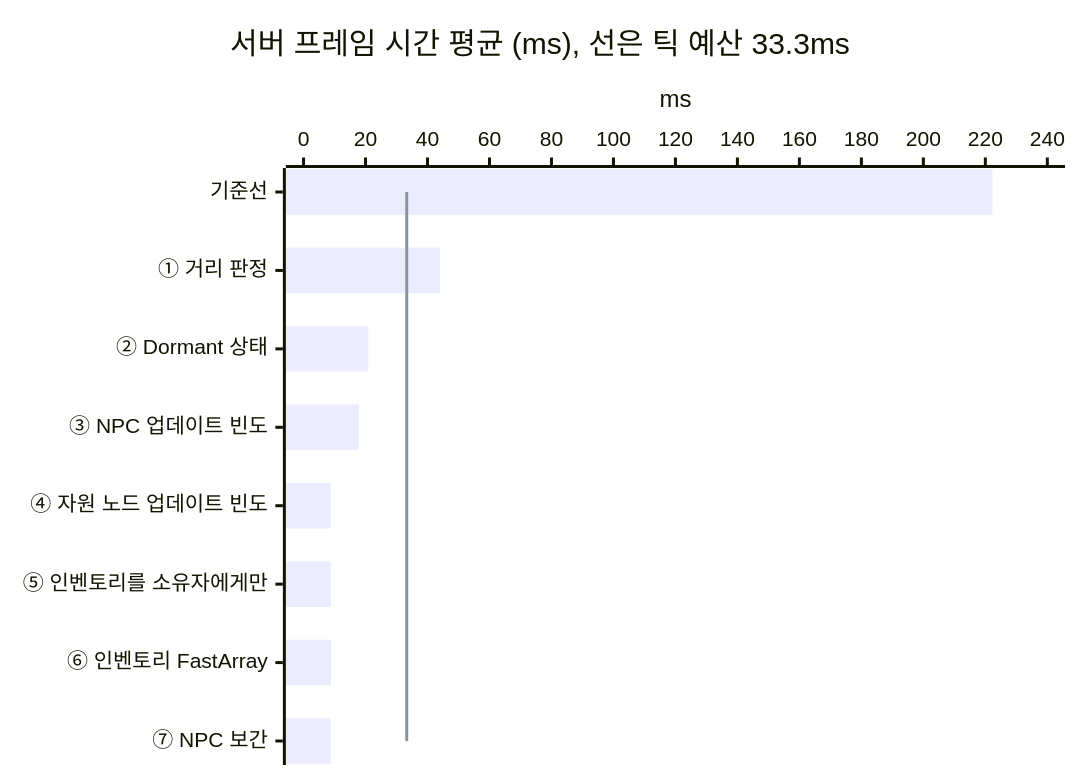
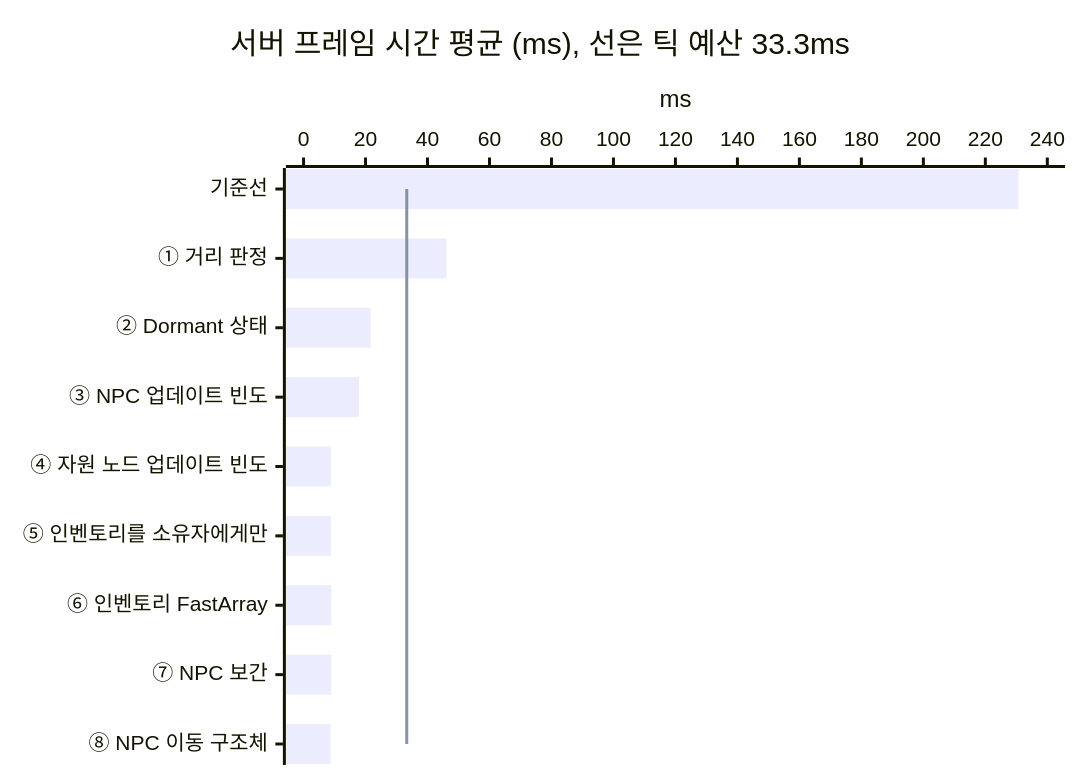
Before and after one commit to hon454/ue-dedicated-server-optimization-lab: the first of 2 diagrams in README.md, drawn with Mermaid. The commit also changed other lines of this file and 5 other files, not shown here.

````diff
--- a/README.md
+++ b/README.md
@@ -27,8 +28,8 @@
 ```mermaid
 xychart-beta horizontal
     title "서버 프레임 시간 평균 (ms), 선은 틱 예산 33.3ms"
-    x-axis ["기준선", "① 거리 판정", "② Dormant 상태", "③ NPC 업데이트 빈도", "④ 자원 노드 업데이트 빈도", "⑤ 인벤토리를 소유자에게만", "⑥ 인벤토리 FastArray", "⑦ NPC 보간"]
+    x-axis ["기준선", "① 거리 판정", "② Dormant 상태", "③ NPC 업데이트 빈도", "④ 자원 노드 업데이트 빈도", "⑤ 인벤토리를 소유자에게만", "⑥ 인벤토리 FastArray", "⑦ NPC 보간", "⑧ NPC 이동 구조체"]
     y-axis "ms" 0 --> 240
-    bar [222.29, 44.07, 20.87, 17.82, 8.79, 8.79, 8.87, 8.79]
-    line [33.3, 33.3, 33.3, 33.3, 33.3, 33.3, 33.3, 33.3]
+    bar [230.75, 46.14, 21.62, 17.91, 8.86, 8.83, 9.01, 8.97, 8.77]
+    line [33.3, 33.3, 33.3, 33.3, 33.3, 33.3, 33.3, 33.3, 33.3]
 ```
````
